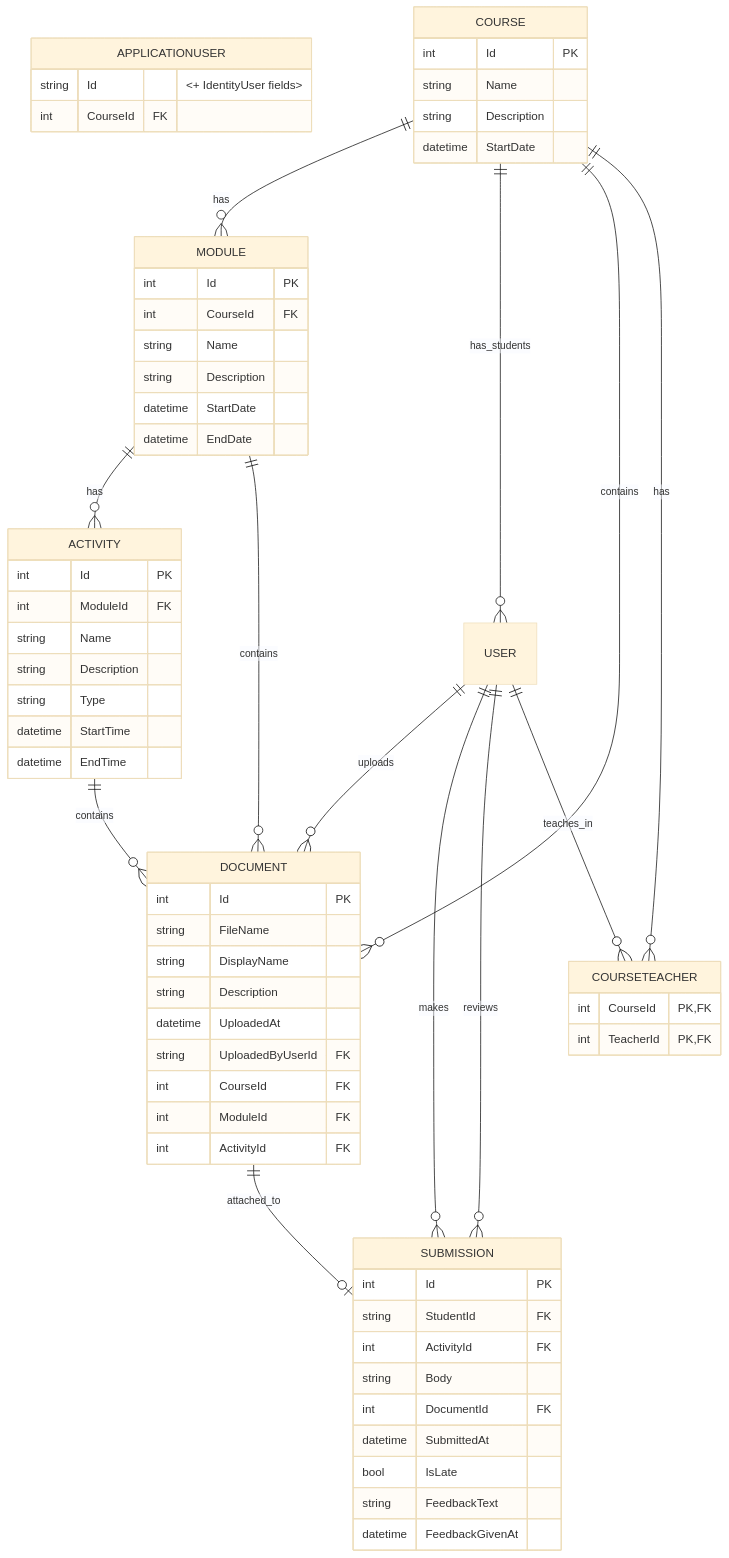
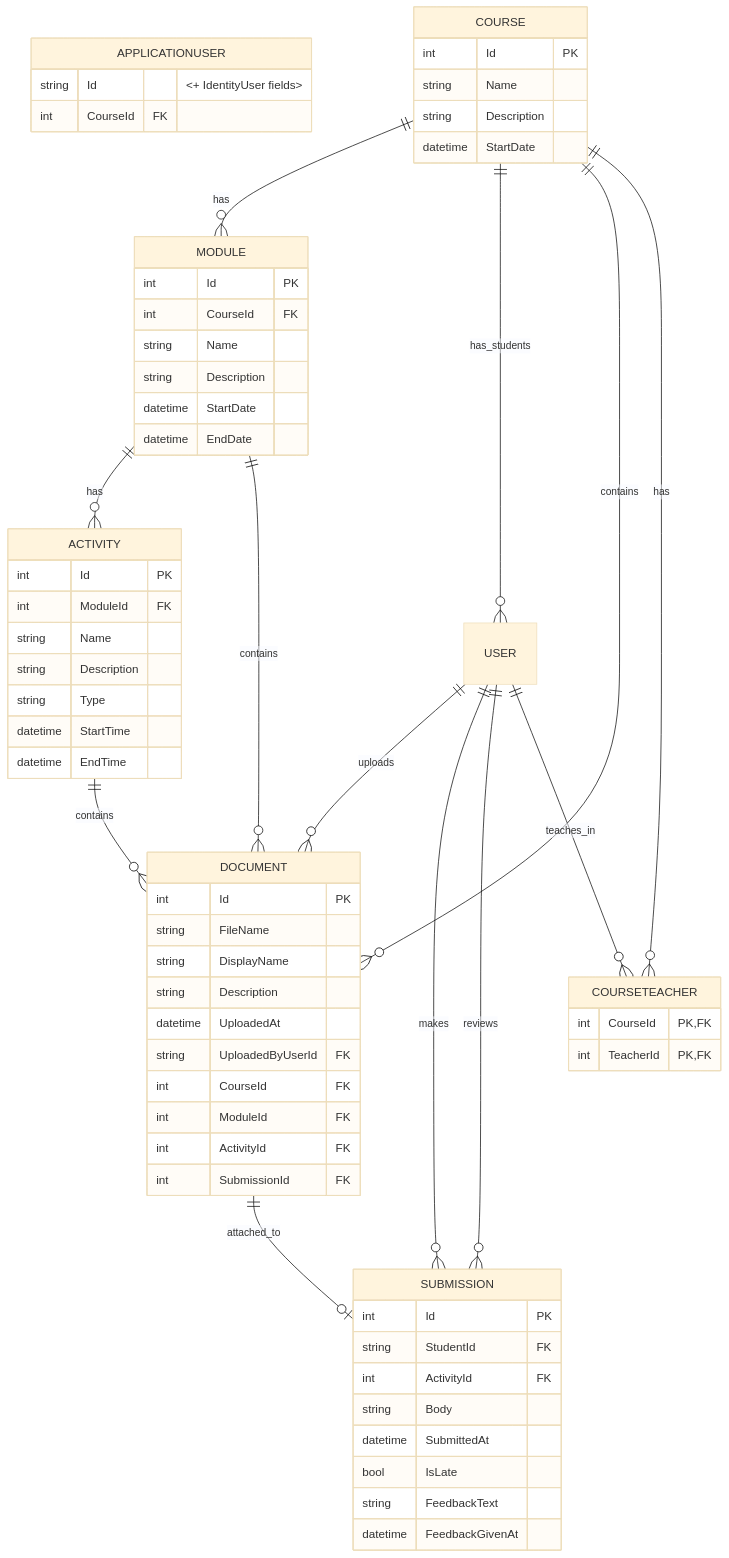
The diagram in README.md (Lexicon-NET-2025-HT/LMS), drawn with Mermaid (base theme) before and after one commit.

Commit message:
update db schema in readme

````diff
--- a/README.md
+++ b/README.md
@@ -4,75 +4,75 @@
 ```mermaid
 erDiagram
     APPLICATIONUSER {
         string Id "<+ IdentityUser fields>"
         int CourseId FK
     }
 
     COURSE {
         int Id PK
         string Name
         string Description
         datetime StartDate
     }
 
     MODULE {
         int Id PK
         int CourseId FK
         string Name
         string Description
         datetime StartDate
         datetime EndDate
     }
 
     ACTIVITY {
         int Id PK
         int ModuleId FK
         string Name
         string Description
         string Type
         datetime StartTime
         datetime EndTime
     }
 
     DOCUMENT {
         int Id PK
         string FileName
         string DisplayName
         string Description
         datetime UploadedAt
         string UploadedByUserId FK
         int CourseId FK
         int ModuleId FK
         int ActivityId FK
+        int SubmissionId FK
     }
 
     SUBMISSION {
         int Id PK
         string StudentId FK
         int ActivityId FK
         string Body
-        int DocumentId FK
         datetime SubmittedAt
         bool IsLate
         string FeedbackText
         datetime FeedbackGivenAt
     }
 
     COURSETEACHER {
         int CourseId PK, FK
         int TeacherId PK, FK
     }
 
     COURSE ||--o{ MODULE : has
     MODULE ||--o{ ACTIVITY : has
     COURSE ||--o{ USER : has_students
     USER ||--o{ DOCUMENT : uploads
     COURSE ||--o{ DOCUMENT : contains
     MODULE ||--o{ DOCUMENT : contains
     ACTIVITY ||--o{ DOCUMENT : contains
     USER ||--o{ SUBMISSION : makes
     DOCUMENT ||--o| SUBMISSION : attached_to
     USER ||--o{ SUBMISSION : reviews
     COURSE ||--o{ COURSETEACHER : has
     USER ||--o{ COURSETEACHER : teaches_in
 ```
````
